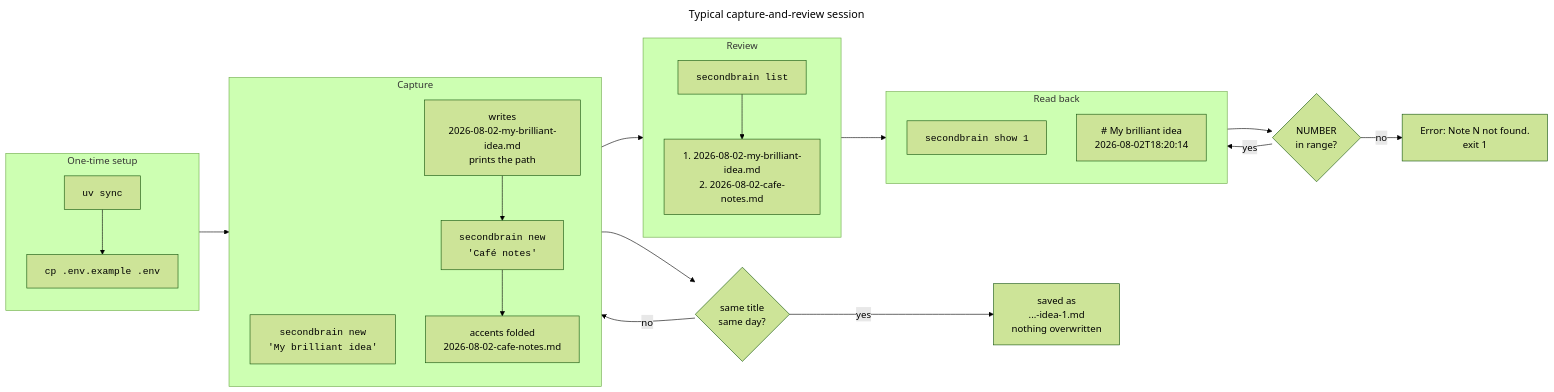
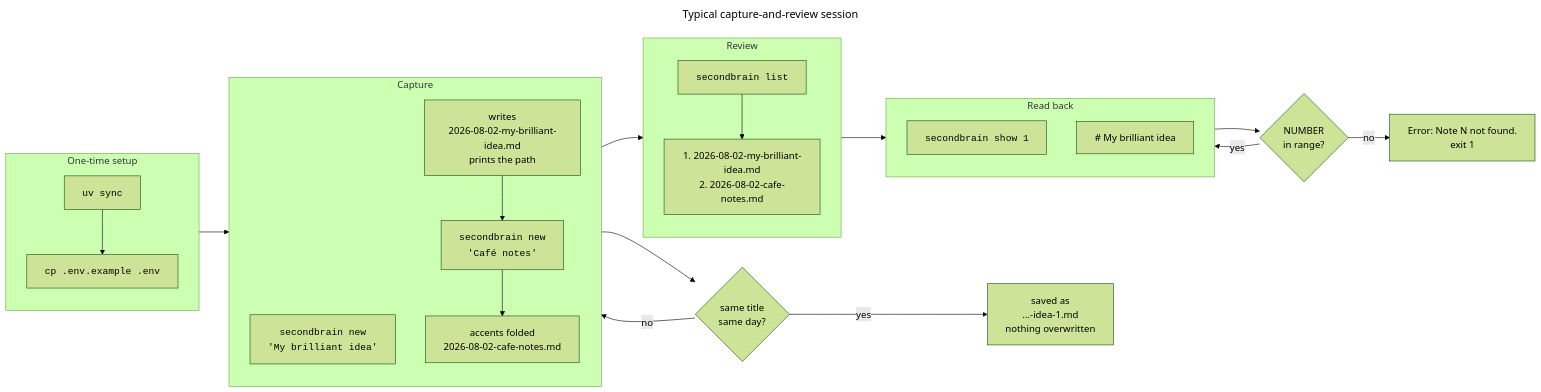
Before and after one commit to s66erge/sb-aug-main: the third of 3 diagrams in docs/architecture.md, drawn with Mermaid (forest theme). The commit also changed other lines of this file and 7 other files, not shown here.

````diff
--- a/docs/architecture.md
+++ b/docs/architecture.md
@@ -170,46 +172,46 @@
 ```mermaid
 ---
 title: Typical capture-and-review session
 ---
 flowchart LR
     subgraph setup["One-time setup"]
         direction TB
         s1["<code>uv sync</code>"]
         s2["<code>cp .env.example .env</code>"]
     end
 
     subgraph capture["Capture"]
         direction TB
         u1["<code>secondbrain new<br/>'My brilliant idea'</code>"]
         r1["writes<br/>2026-08-02-my-brilliant-idea.md<br/>prints the path"]
         u2["<code>secondbrain new<br/>'Café notes'</code>"]
         r2["accents folded<br/>2026-08-02-cafe-notes.md"]
     end
 
     subgraph review["Review"]
         direction TB
         u3["<code>secondbrain list</code>"]
         r3["1. 2026-08-02-my-brilliant-idea.md<br/>2. 2026-08-02-cafe-notes.md"]
     end
 
     subgraph readback["Read back"]
         direction TB
         u4["<code>secondbrain show 1</code>"]
-        r4["# My brilliant idea<br/>2026-08-02T18:20:14"]
+        r4["# My brilliant idea"]
     end
 
     dup{"same title<br/>same day?"}
     dup_yes["saved as<br/>...-idea-1.md<br/>nothing overwritten"]
 
     oor{"NUMBER<br/>in range?"}
     oor_no["Error: Note N not found.<br/>exit 1"]
 
     s1 --> s2 --> u1
     u1 --> dup
     dup -->|no| r1
     dup -->|yes| dup_yes
     r1 --> u2 --> r2 --> u3 --> r3 --> u4
     u4 --> oor
     oor -->|yes| r4
     oor -->|no| oor_no
 ```
````
